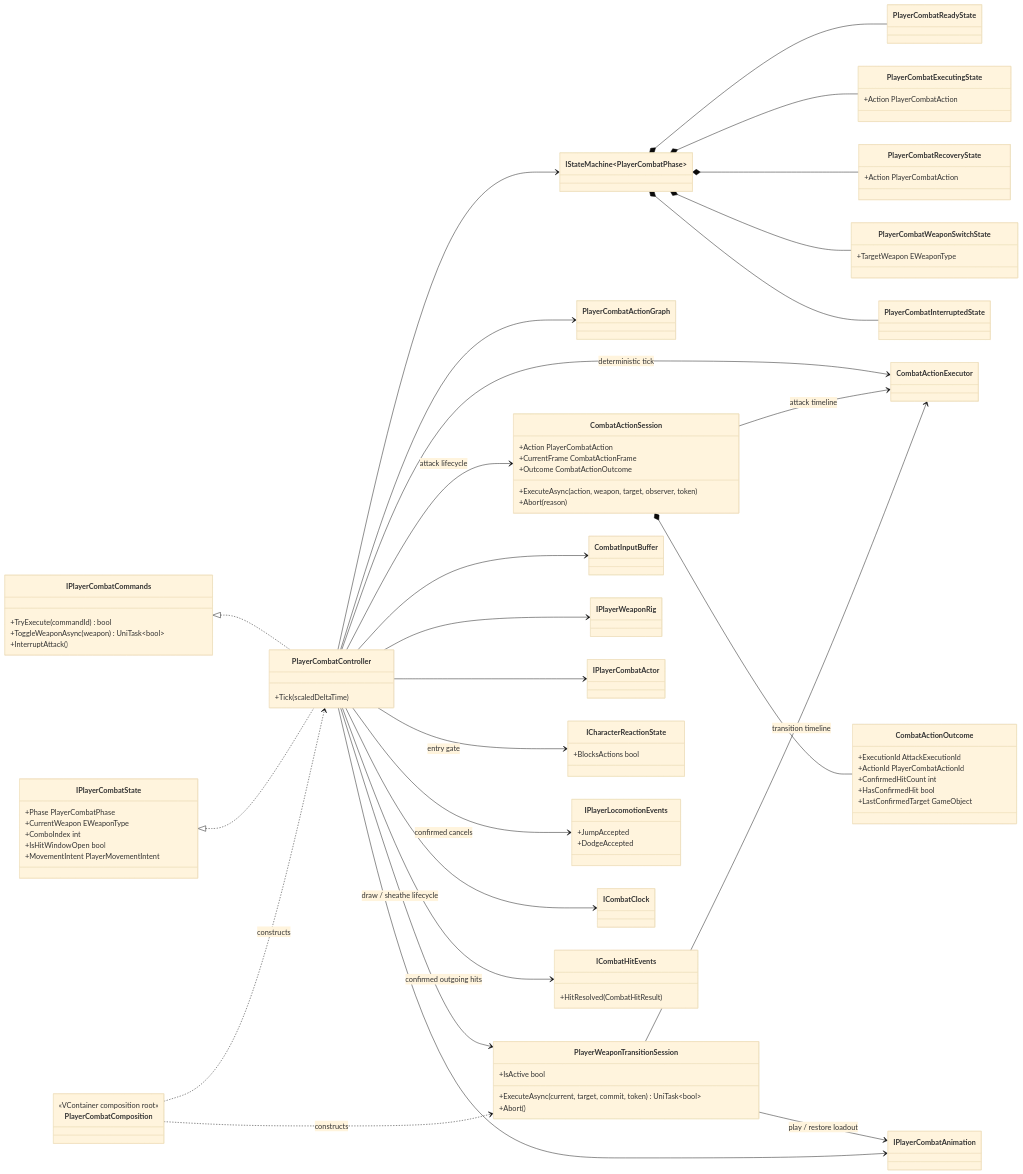
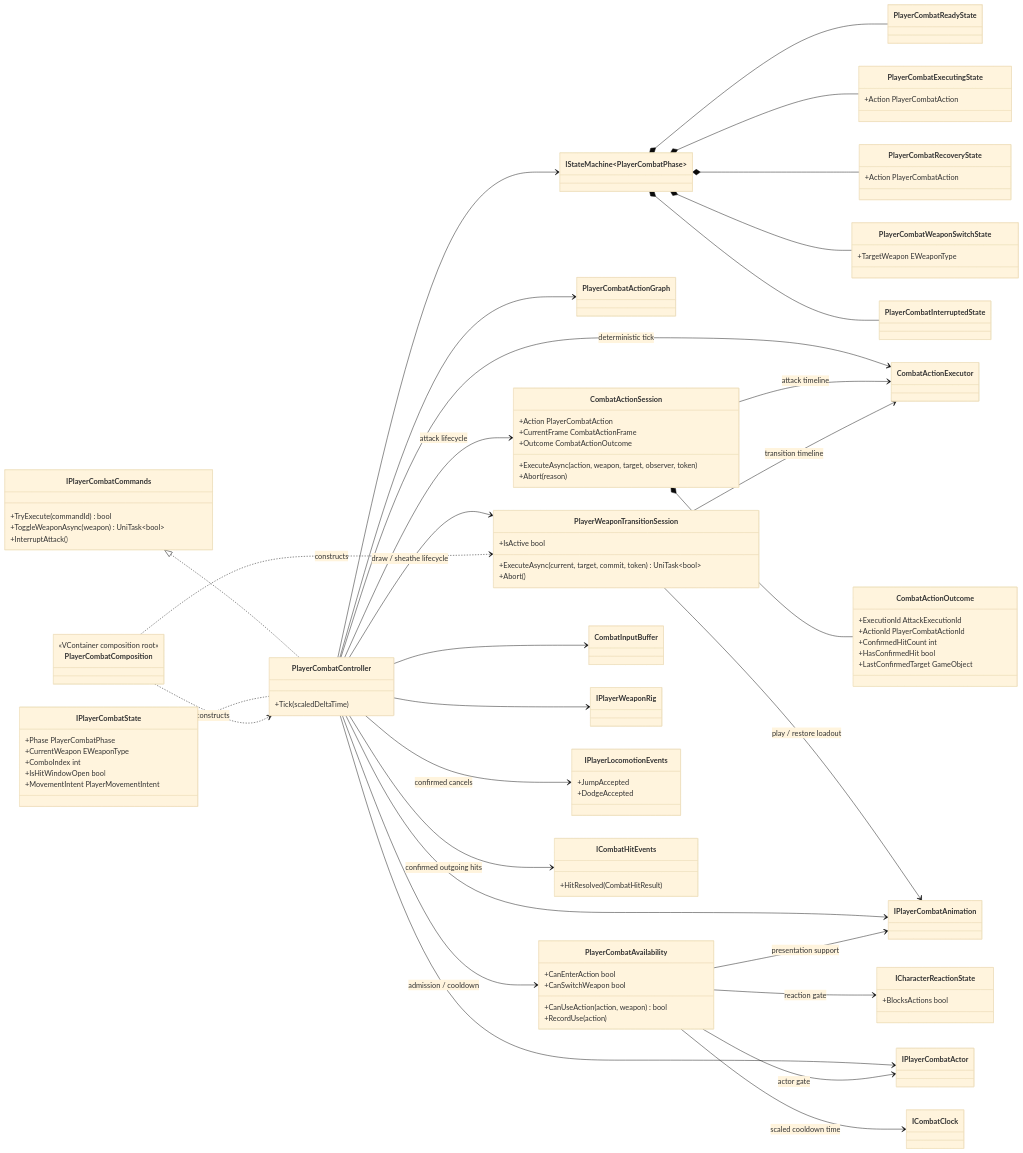
Before and after one commit to MaximFonariuc/project-s: the first of 3 diagrams in Docs/Architecture/Player.Combat.md, drawn with Mermaid (base theme). The commit also changed other lines of this file and 9 other files, not shown here.

Commit message:
refactor(combat): centralize action availability

```diff
--- a/Docs/Architecture/Player.Combat.md
+++ b/Docs/Architecture/Player.Combat.md
@@ -139,6 +142,12 @@
         +ExecuteAsync(current, target, commit, token) UniTask~bool~
         +Abort()
     }
+    class PlayerCombatAvailability {
+        +CanEnterAction bool
+        +CanSwitchWeapon bool
+        +CanUseAction(action, weapon) bool
+        +RecordUse(action)
+    }
     class CombatInputBuffer
     class IPlayerCombatAnimation
     class IPlayerWeaponRig
@@ -165,6 +174,7 @@
     PlayerCombatController --> ICombatHitEvents : confirmed outgoing hits
     PlayerCombatController --> CombatActionSession : attack lifecycle
     PlayerCombatController --> PlayerWeaponTransitionSession : draw / sheathe lifecycle
+    PlayerCombatController --> PlayerCombatAvailability : admission / cooldown
     PlayerCombatController --> CombatActionExecutor : deterministic tick
     CombatActionSession --> CombatActionExecutor : attack timeline
     PlayerWeaponTransitionSession --> CombatActionExecutor : transition timeline
@@ -174,9 +184,11 @@
     PlayerCombatController --> IPlayerCombatAnimation
     PlayerCombatController --> IPlayerWeaponRig
     PlayerCombatController --> IPlayerCombatActor
-    PlayerCombatController --> ICharacterReactionState : entry gate
+    PlayerCombatAvailability --> ICharacterReactionState : reaction gate
+    PlayerCombatAvailability --> IPlayerCombatActor : actor gate
+    PlayerCombatAvailability --> IPlayerCombatAnimation : presentation support
+    PlayerCombatAvailability --> ICombatClock : scaled cooldown time
     PlayerCombatController --> IPlayerLocomotionEvents : confirmed cancels
-    PlayerCombatController --> ICombatClock
     IStateMachine~PlayerCombatPhase~ *-- PlayerCombatReadyState
     IStateMachine~PlayerCombatPhase~ *-- PlayerCombatExecutingState
     IStateMachine~PlayerCombatPhase~ *-- PlayerCombatRecoveryState
```
